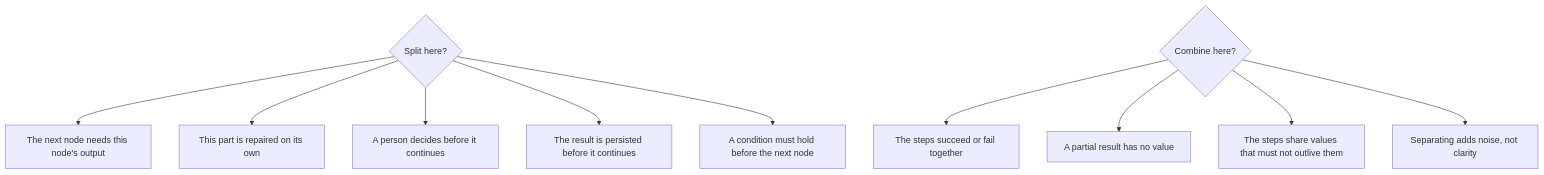
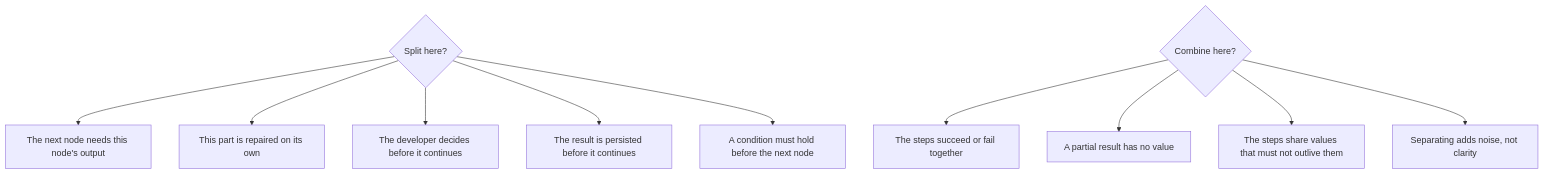
One commit to Varietyz/Disciplined-AI-Software-Development changed the seventh of 12 diagrams in pag/GUIDE.md. Above: the diagram before and after it, drawn with Mermaid. The commit also changed other lines of this file and 25 other files, not shown here.

````diff
--- a/pag/GUIDE.md
+++ b/pag/GUIDE.md
@@ -452,23 +458,23 @@
 ```mermaid
 flowchart TB
 split{"Split here?"}
 output["The next node needs this node's output"]
 retry["This part is repaired on its own"]
-human["A person decides before it continues"]
+human["The developer decides before it continues"]
 persist["The result is persisted before it continues"]
 verify["A condition must hold before the next node"]
 combine{"Combine here?"}
 atomic["The steps succeed or fail together"]
 partial["A partial result has no value"]
 shared["The steps share values that must not outlive them"]
 coupled["Separating adds noise, not clarity"]
 split --> output
 split --> retry
 split --> human
 split --> persist
 split --> verify
 combine --> atomic
 combine --> partial
 combine --> shared
 combine --> coupled
 ```
````
